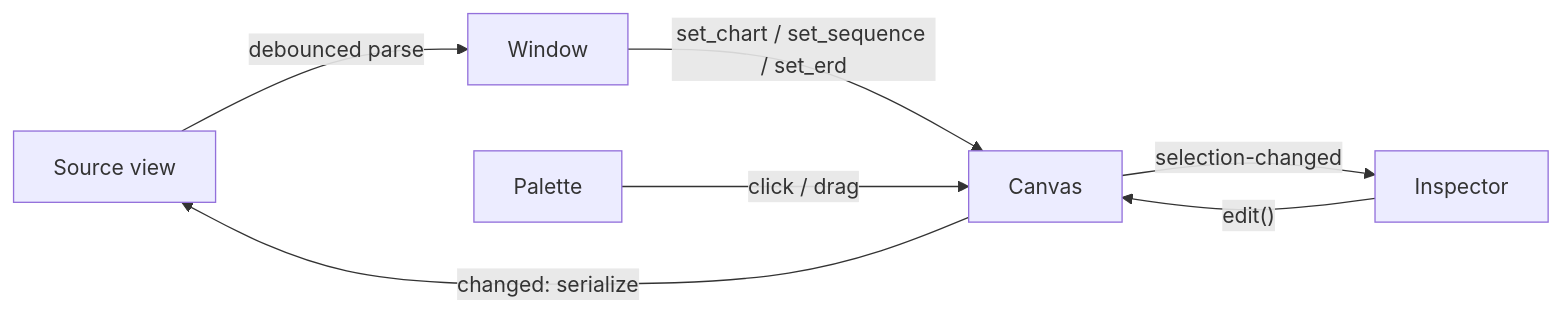
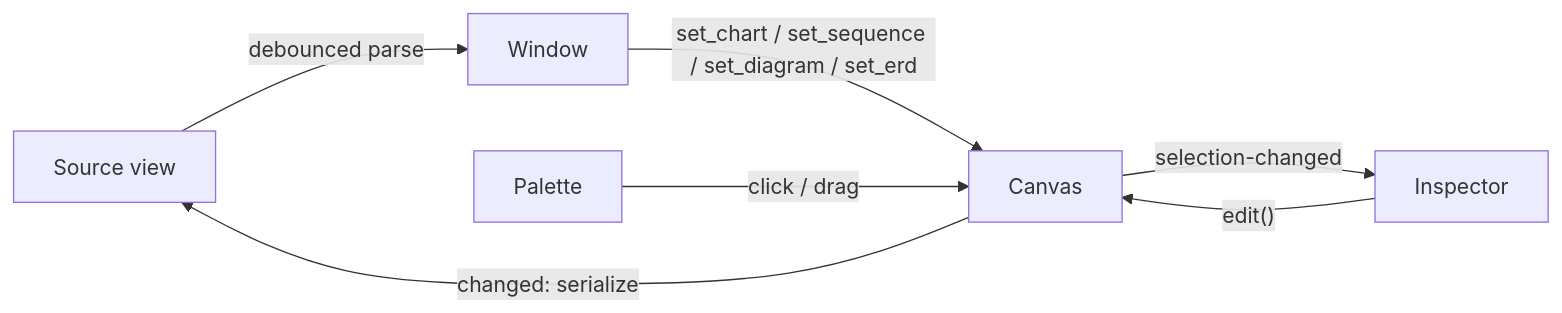
One commit to brpaz/reefgraph changed the diagram in docs/ARCHITECTURE.md. Above: the diagram before and after it, drawn with Mermaid. The commit also changed other lines of this file and 2 other files, not shown here.

Commit message:
docs: document class diagram editing

````diff
--- a/docs/ARCHITECTURE.md
+++ b/docs/ARCHITECTURE.md
@@ -38,9 +40,9 @@
 ```mermaid
 flowchart LR
     Text[Source view] -- "debounced parse" --> Window
-    Window -- "set_chart / set_sequence / set_erd" --> Canvas
+    Window -- "set_chart / set_sequence / set_diagram / set_erd" --> Canvas
     Canvas -- "changed: serialize" --> Text
     Palette -- "click / drag" --> Canvas
     Inspector -- "edit()" --> Canvas
     Canvas -- "selection-changed" --> Inspector
 ```
````
